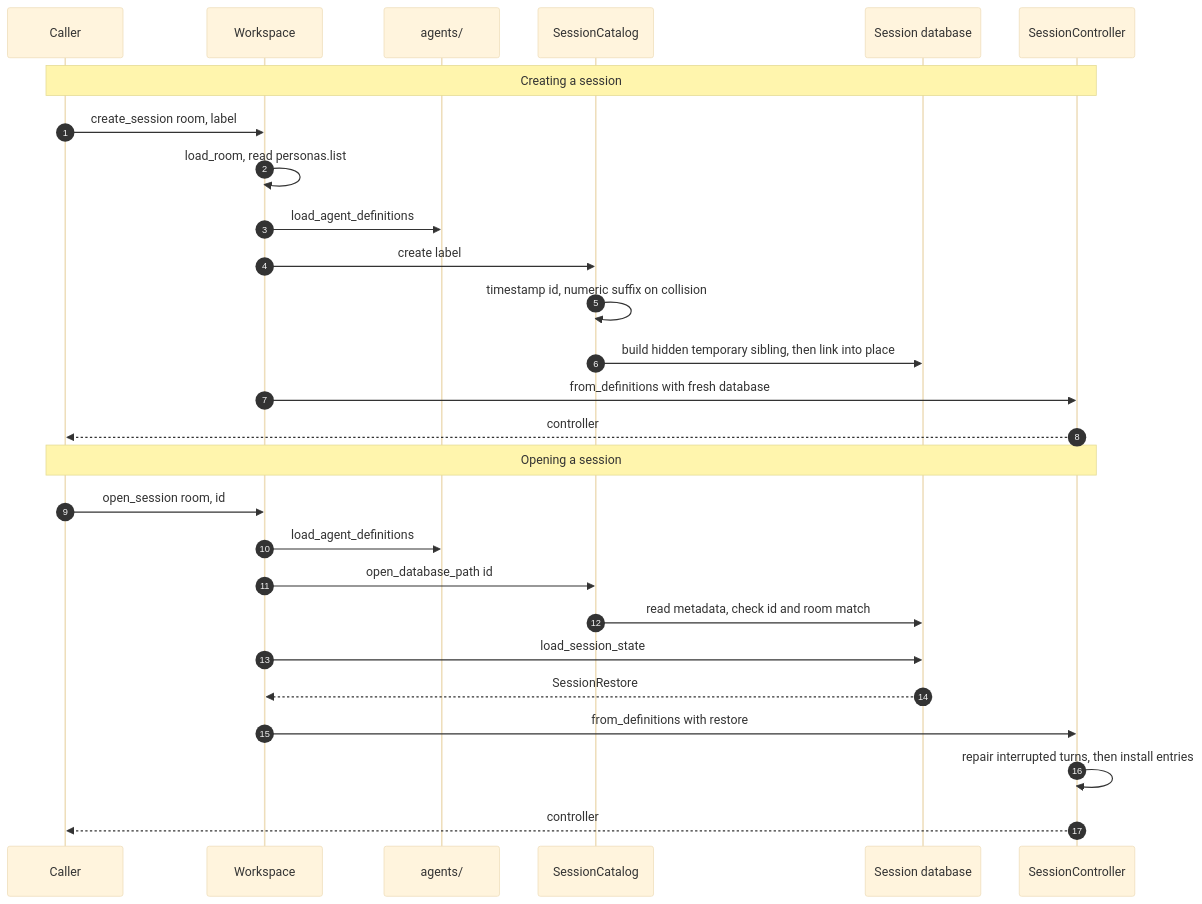
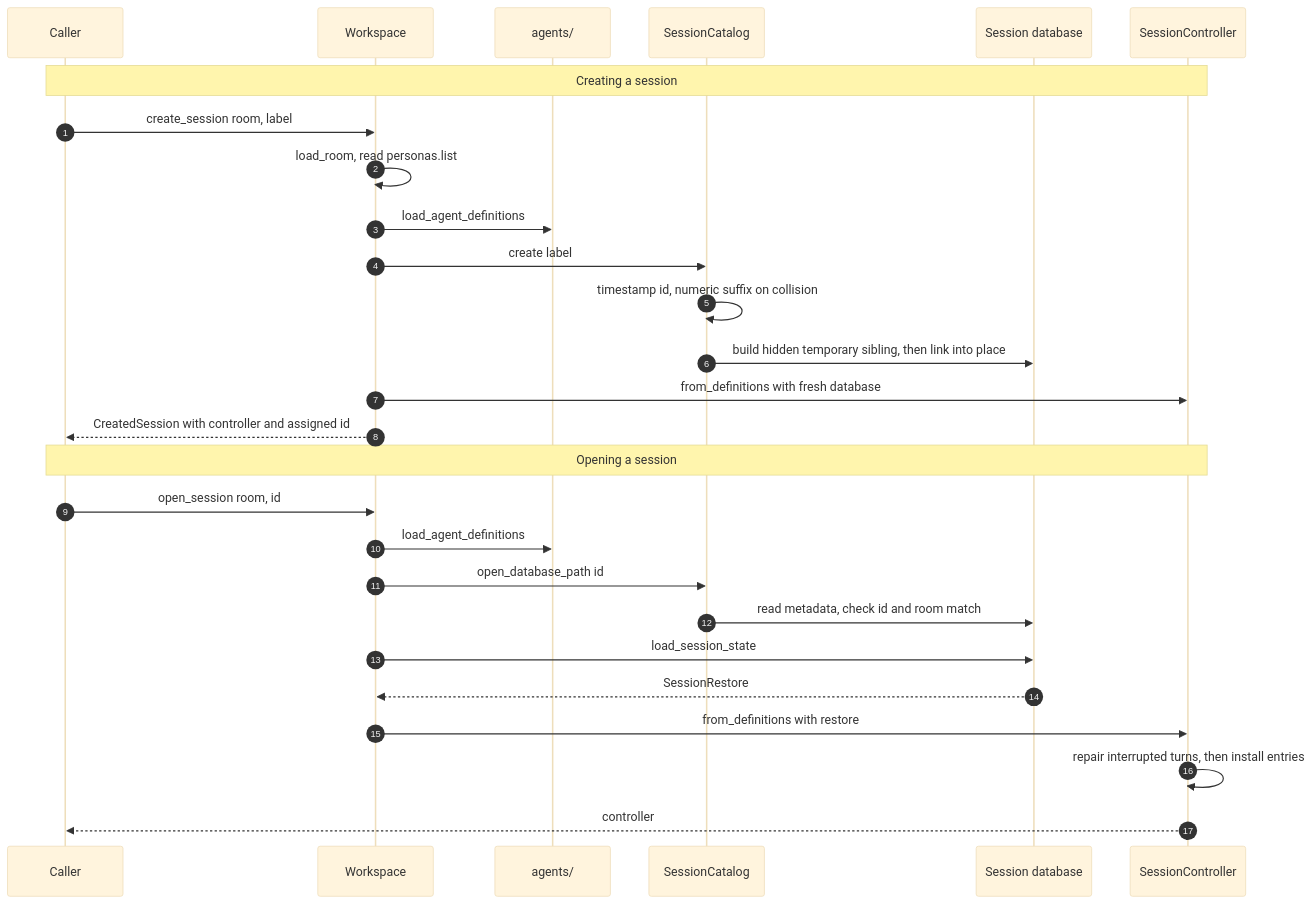
Before and after one commit to michaelpopov/cha: the second of 4 diagrams in src/session/README.md, drawn with Mermaid (base theme). The commit also changed other lines of this file and 28 other files, not shown here.

````diff
--- a/src/session/README.md
+++ b/src/session/README.md
@@ -66,31 +66,31 @@
 ```mermaid
 sequenceDiagram
     autonumber
     participant UI as Caller
     participant WS as Workspace
     participant AG as agents/
     participant SC as SessionCatalog
     participant DB as Session database
     participant CC as SessionController
 
     Note over UI,CC: Creating a session
     UI->>WS: create_session room, label
     WS->>WS: load_room, read personas.list
     WS->>AG: load_agent_definitions
     WS->>SC: create label
     SC->>SC: timestamp id, numeric suffix on collision
     SC->>DB: build hidden temporary sibling, then link into place
     WS->>CC: from_definitions with fresh database
-    CC-->>UI: controller
+    WS-->>UI: CreatedSession with controller and assigned id
 
     Note over UI,CC: Opening a session
     UI->>WS: open_session room, id
     WS->>AG: load_agent_definitions
     WS->>SC: open_database_path id
     SC->>DB: read metadata, check id and room match
     WS->>DB: load_session_state
     DB-->>WS: SessionRestore
     WS->>CC: from_definitions with restore
     CC->>CC: repair interrupted turns, then install entries
     CC-->>UI: controller
 ```
````
